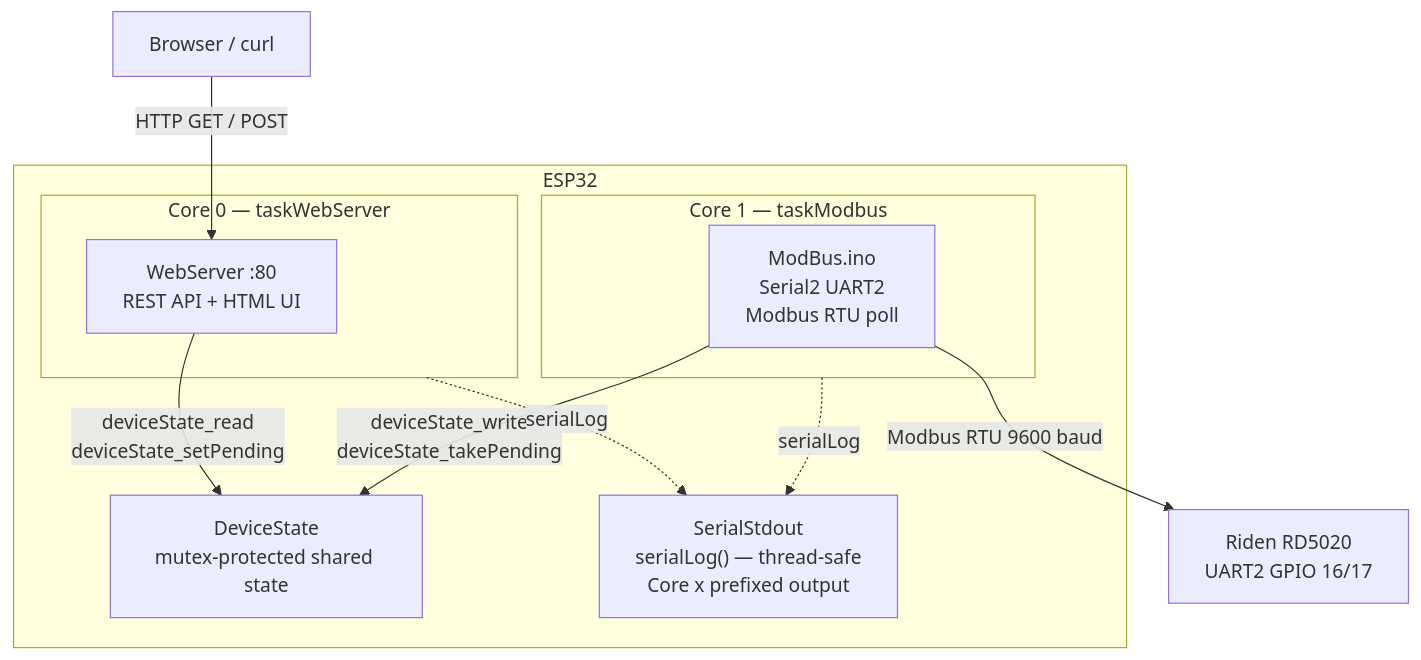
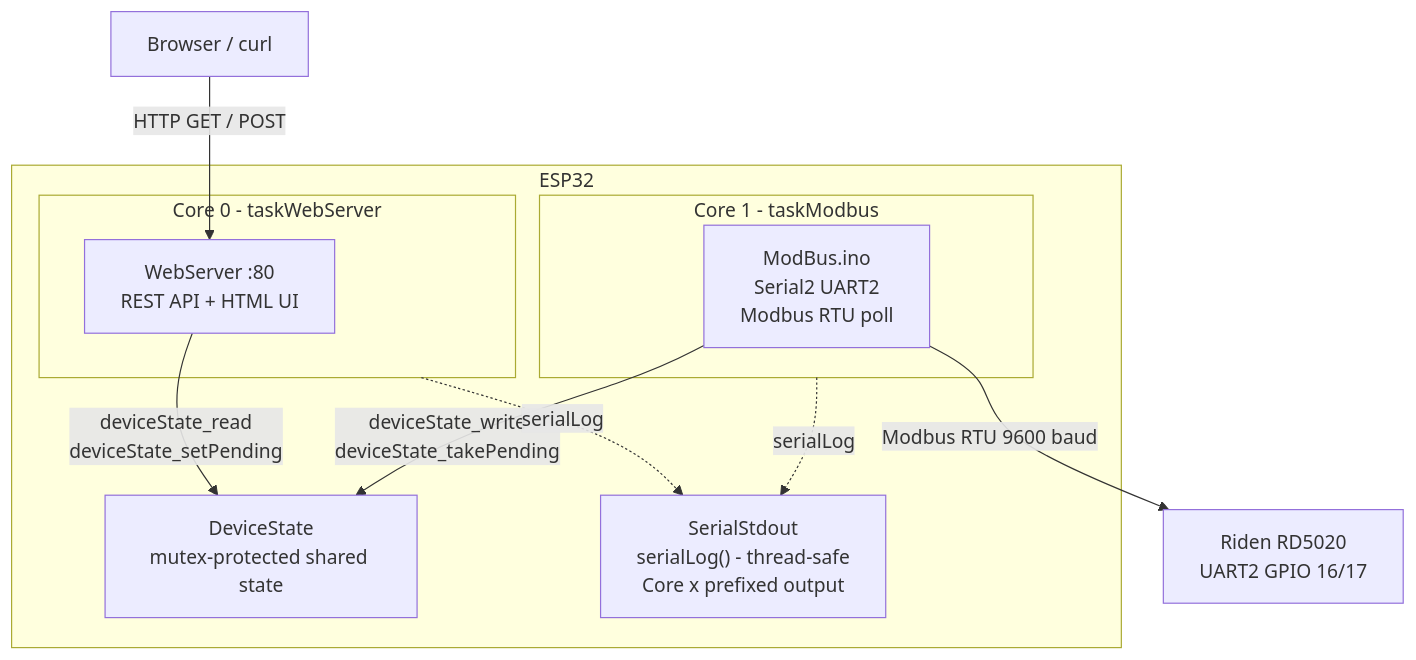
One commit to Warpguru/ESP changed the first of 2 diagrams in README.md. Above: the diagram before and after it, drawn with Mermaid. The commit also changed other lines of this file and 43 other files, not shown here.

````diff
--- a/README.md
+++ b/README.md
@@ -11,26 +11,26 @@
 ```mermaid
 graph TD
     subgraph ESP32
-        subgraph Core0["Core 0 — taskWebServer"]
+        subgraph Core0["Core 0 - taskWebServer"]
             WS["WebServer :80\nREST API + HTML UI"]
         end
 
-        subgraph Core1["Core 1 — taskModbus"]
+        subgraph Core1["Core 1 - taskModbus"]
             MB["ModBus.ino\nSerial2 UART2\nModbus RTU poll"]
         end
 
         DS["DeviceState\nmutex-protected shared state"]
-        LOG["SerialStdout\nserialLog() — thread-safe\nCore x prefixed output"]
+        LOG["SerialStdout\nserialLog() - thread-safe\nCore x prefixed output"]
 
         WS -- "deviceState_read\ndeviceState_setPending" --> DS
         MB -- "deviceState_write\ndeviceState_takePending" --> DS
         Core0 -. serialLog .-> LOG
         Core1 -. serialLog .-> LOG
     end
 
     Browser["Browser / curl"]
     Riden["Riden RD5020\nUART2 GPIO 16/17"]
 
     Browser -- "HTTP GET / POST" --> WS
     MB -- "Modbus RTU 9600 baud" --> Riden
 ```
````
